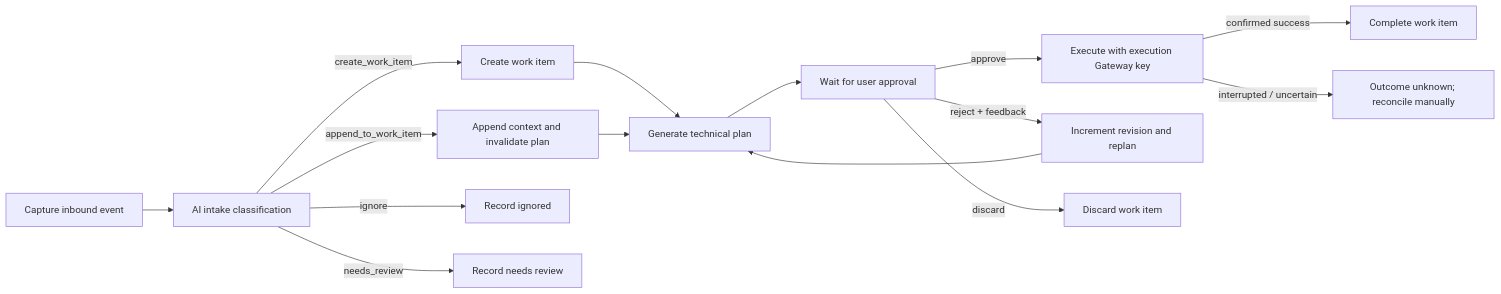
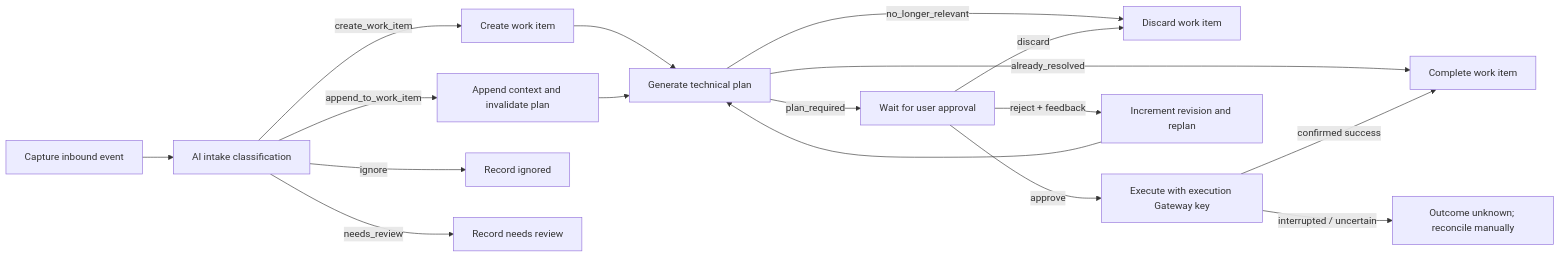
Before and after one commit to MichalTichy/Samwise-Assistant: the diagram in README.md, drawn with Mermaid. The commit also changed other lines of this file and 49 other files, not shown here.

````diff
--- a/README.md
+++ b/README.md
@@ -7,17 +7,19 @@
 ```mermaid
 flowchart LR
     Capture["Capture inbound event"] --> Intake["AI intake classification"]
     Intake -->|create_work_item| Create["Create work item"]
     Intake -->|append_to_work_item| Append["Append context and invalidate plan"]
     Intake -->|ignore| Ignore["Record ignored"]
     Intake -->|needs_review| Review["Record needs review"]
     Create --> Plan["Generate technical plan"]
     Append --> Plan
-    Plan --> Approval["Wait for user approval"]
+    Plan -->|plan_required| Approval["Wait for user approval"]
+    Plan -->|already_resolved| Done["Complete work item"]
+    Plan -->|no_longer_relevant| Discard["Discard work item"]
     Approval -->|approve| Execute["Execute with execution Gateway key"]
     Approval -->|reject + feedback| Replan["Increment revision and replan"]
     Approval -->|discard| Discard["Discard work item"]
     Replan --> Plan
     Execute -->|confirmed success| Done["Complete work item"]
     Execute -->|interrupted / uncertain| Unknown["Outcome unknown; reconcile manually"]
 ```
````
